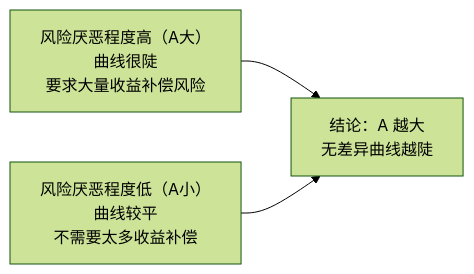
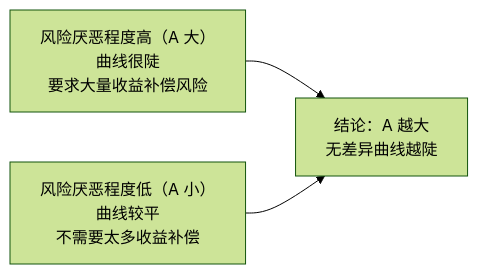
The second of 5 diagrams in 金融知识/讲义/Day06-风险资产配置.md (cxmokai/factor-investing-study), drawn with Mermaid (forest theme) before and after one commit. The commit also changed other lines of this file and 10 other files, not shown here.

````diff
--- a/金融知识/讲义/Day06-风险资产配置.md
+++ b/金融知识/讲义/Day06-风险资产配置.md
@@ -223,5 +221,5 @@
 ```mermaid
 graph LR
-    A["风险厌恶程度高（A大）<br>曲线很陡<br>要求大量收益补偿风险"] --> C["结论：A 越大<br>无差异曲线越陡"]
-    B["风险厌恶程度低（A小）<br>曲线较平<br>不需要太多收益补偿"] --> C
+    A["风险厌恶程度高（A 大）<br>曲线很陡<br>要求大量收益补偿风险"] --> C["结论：A 越大<br>无差异曲线越陡"]
+    B["风险厌恶程度低（A 小）<br>曲线较平<br>不需要太多收益补偿"] --> C
 ```
````
